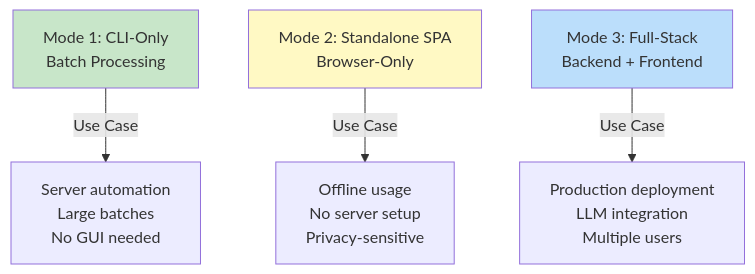
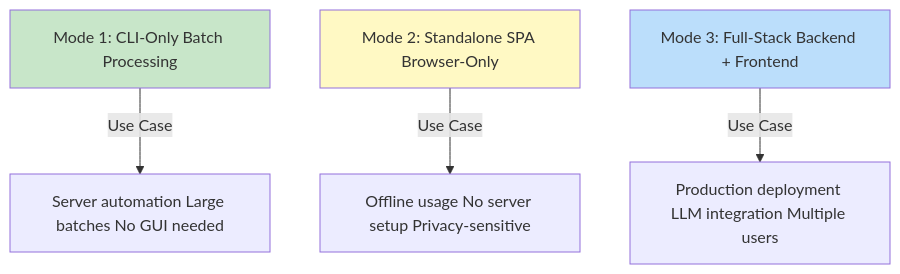
One commit to softwarewrighter/scan3data changed the first of 4 diagrams in wiki/Deployment-Modes.md. Above: the diagram before and after it, drawn with Mermaid. The commit also changed other lines of this file and 6 other files, not shown here.

First line of the commit message:
Fix wiki Mermaid diagrams: remove <br/> tags

````diff
--- a/wiki/Deployment-Modes.md
+++ b/wiki/Deployment-Modes.md
@@ -7,14 +7,14 @@
 ```mermaid
 graph TB
-    MODE1[Mode 1: CLI-Only<br/>Batch Processing]
-    MODE2[Mode 2: Standalone SPA<br/>Browser-Only]
-    MODE3[Mode 3: Full-Stack<br/>Backend + Frontend]
+    MODE1[Mode 1: CLI-Only Batch Processing]
+    MODE2[Mode 2: Standalone SPA Browser-Only]
+    MODE3[Mode 3: Full-Stack Backend + Frontend]
 
-    MODE1 -->|Use Case| UC1[Server automation<br/>Large batches<br/>No GUI needed]
-    MODE2 -->|Use Case| UC2[Offline usage<br/>No server setup<br/>Privacy-sensitive]
-    MODE3 -->|Use Case| UC3[Production deployment<br/>LLM integration<br/>Multiple users]
+    MODE1 -->|Use Case| UC1[Server automation Large batches No GUI needed]
+    MODE2 -->|Use Case| UC2[Offline usage No server setup Privacy-sensitive]
+    MODE3 -->|Use Case| UC3[Production deployment LLM integration Multiple users]
 
     style MODE1 fill:#c8e6c9
     style MODE2 fill:#fff9c4
     style MODE3 fill:#bbdefb
 ```
````
